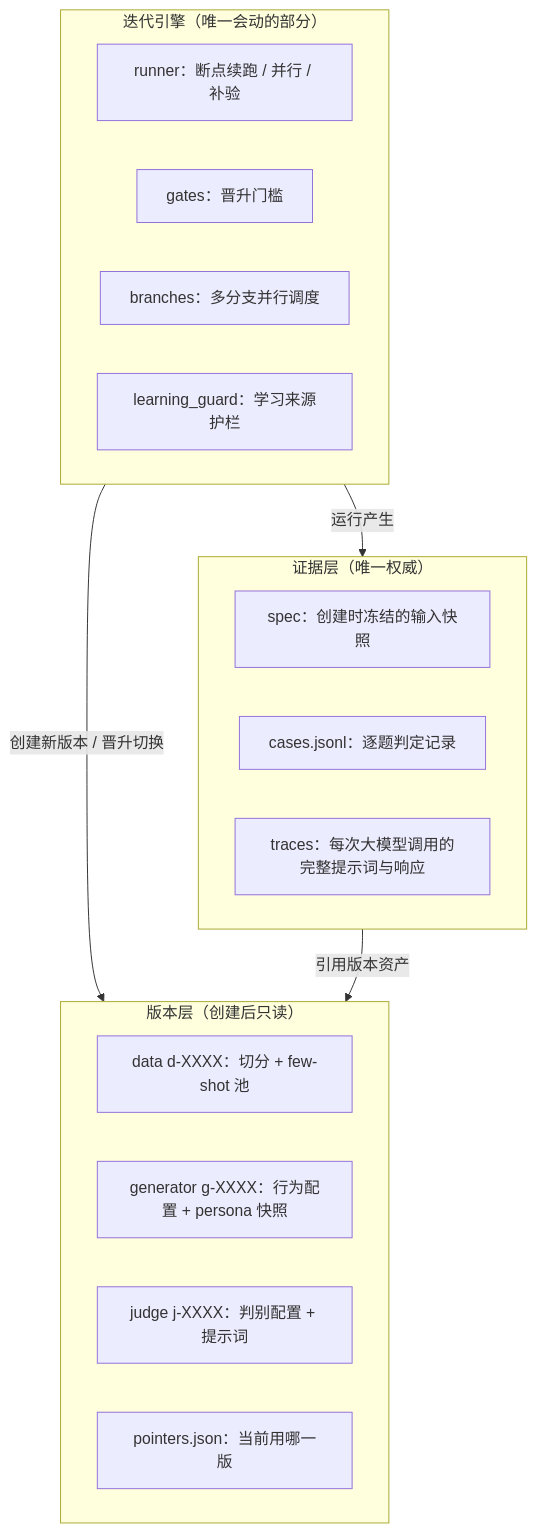
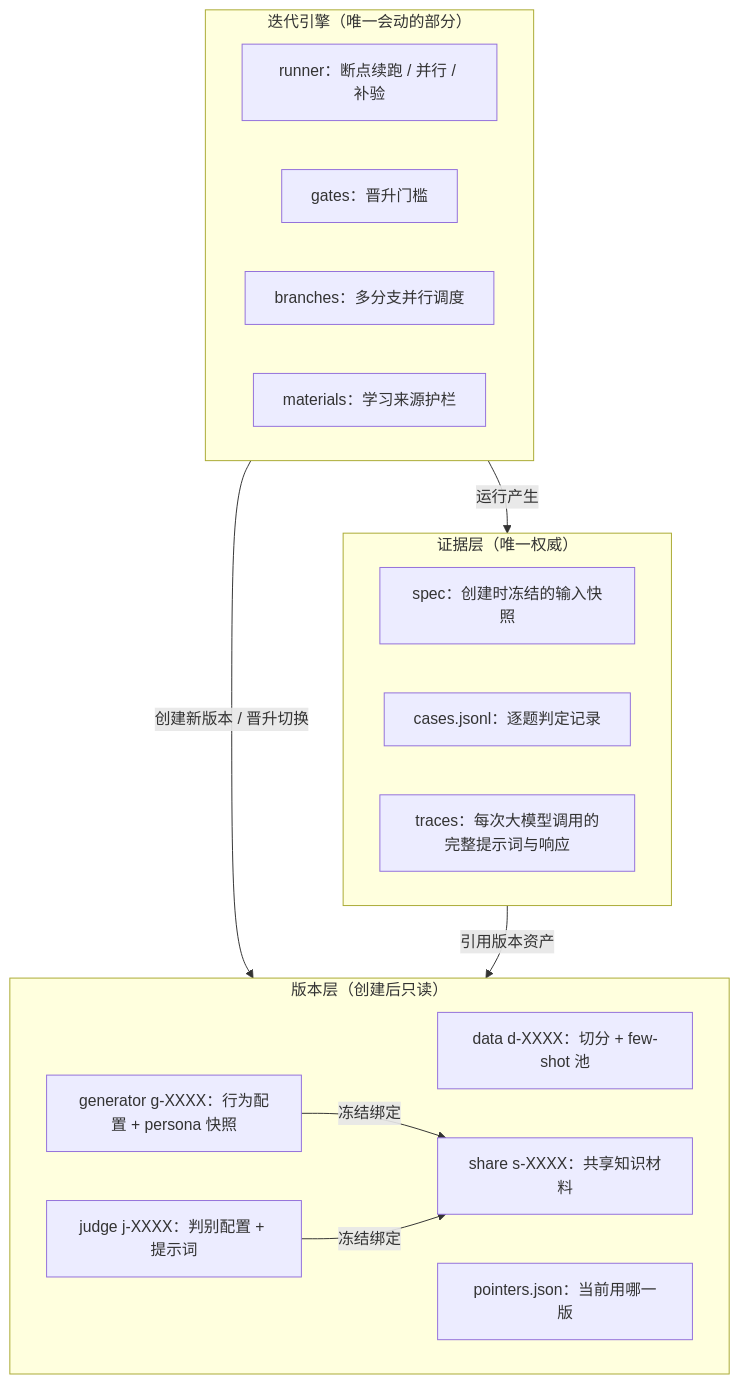
The diagram in README.md (wq19901103wq/digital-human), drawn with Mermaid before and after one commit. The commit also changed other lines of this file and 383 other files, not shown here.

Commit message:
refactor: unify business architecture and fewshot scoring

````diff
--- a/README.md
+++ b/README.md
@@ -28,23 +28,26 @@
 ```mermaid
 graph TD
     subgraph Engine["迭代引擎（唯一会动的部分）"]
         RUN[runner：断点续跑 / 并行 / 补验]
         GATE[gates：晋升门槛]
         BR[branches：多分支并行调度]
-        GUARD[learning_guard：学习来源护栏]
+        GUARD[materials：学习来源护栏]
     end
     subgraph Versions["版本层（创建后只读）"]
         DATA[data d-XXXX：切分 + few-shot 池]
+        SHARE[share s-XXXX：共享知识材料]
         GEN[generator g-XXXX：行为配置 + persona 快照]
         JUDGE[judge j-XXXX：判别配置 + 提示词]
         PTR[pointers.json：当前用哪一版]
+        GEN -->|冻结绑定| SHARE
+        JUDGE -->|冻结绑定| SHARE
     end
     subgraph Evidence["证据层（唯一权威）"]
         SPEC[spec：创建时冻结的输入快照]
         CASES[cases.jsonl：逐题判定记录]
         TRACE[traces：每次大模型调用的完整提示词与响应]
     end
     Engine -->|运行产生| Evidence
     Engine -->|创建新版本 / 晋升切换| Versions
     Evidence -->|引用版本资产| Versions
 ```
````
